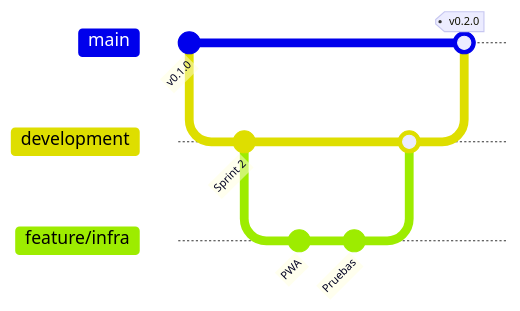
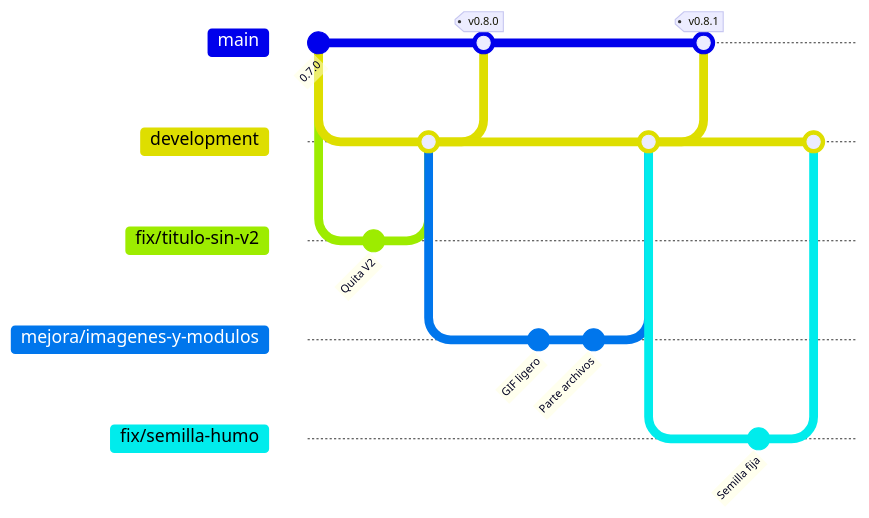
One commit to serbenda/dungeons-and-deployments changed the first of 2 diagrams in docs/despliegue-y-versiones.md. Above: the diagram before and after it, drawn with Mermaid. The commit also changed other lines of this file and 14 other files, not shown here.

````diff
--- a/docs/despliegue-y-versiones.md
+++ b/docs/despliegue-y-versiones.md
@@ -5,13 +5,25 @@
 ```mermaid
 gitGraph
-  commit id: "v0.1.0"
+  commit id: "0.7.0"
   branch development
-  commit id: "Sprint 2"
-  branch feature/infra
-  commit id: "PWA"
-  commit id: "Pruebas"
   checkout development
-  merge feature/infra
+  branch fix/titulo-sin-v2
+  commit id: "Quita V2"
+  checkout development
+  merge fix/titulo-sin-v2
   checkout main
-  merge development tag: "v0.2.0"
+  merge development tag: "v0.8.0"
+  checkout development
+  branch mejora/imagenes-y-modulos
+  commit id: "GIF ligero"
+  commit id: "Parte archivos"
+  checkout development
+  merge mejora/imagenes-y-modulos
+  checkout main
+  merge development tag: "v0.8.1"
+  checkout development
+  branch fix/semilla-humo
+  commit id: "Semilla fija"
+  checkout development
+  merge fix/semilla-humo
 ```
````
